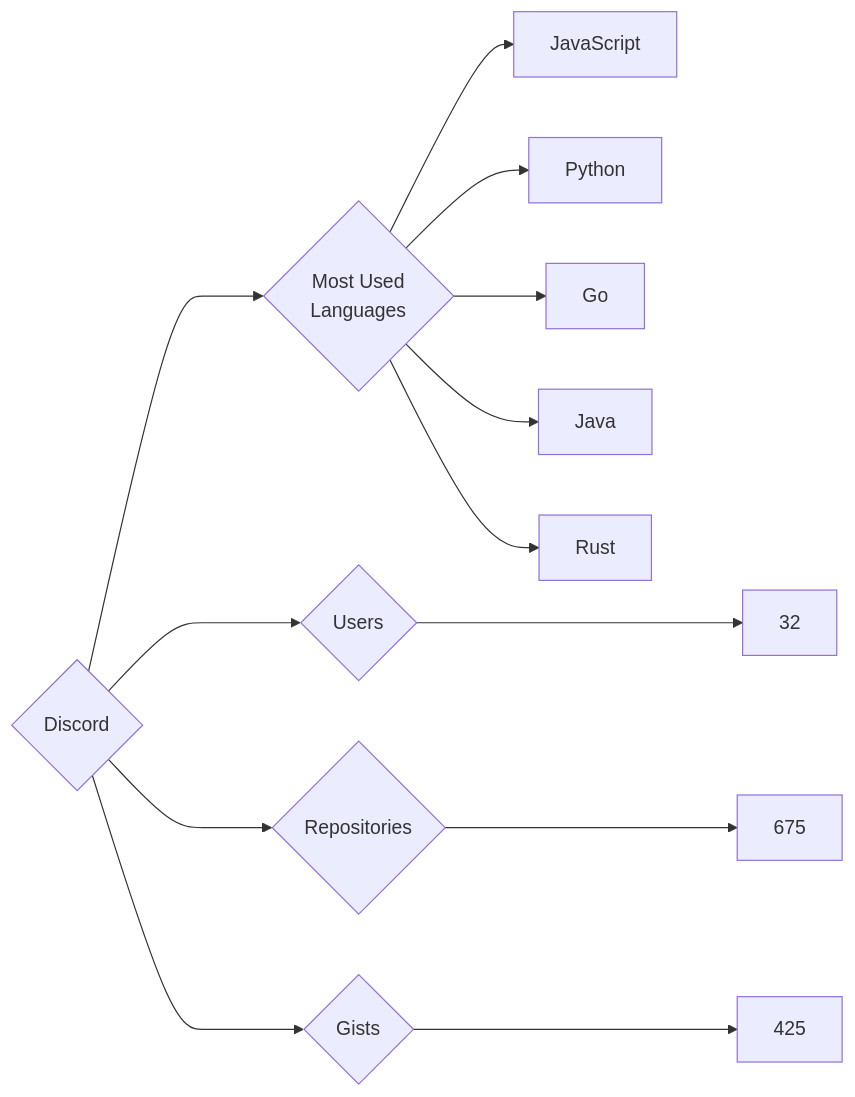
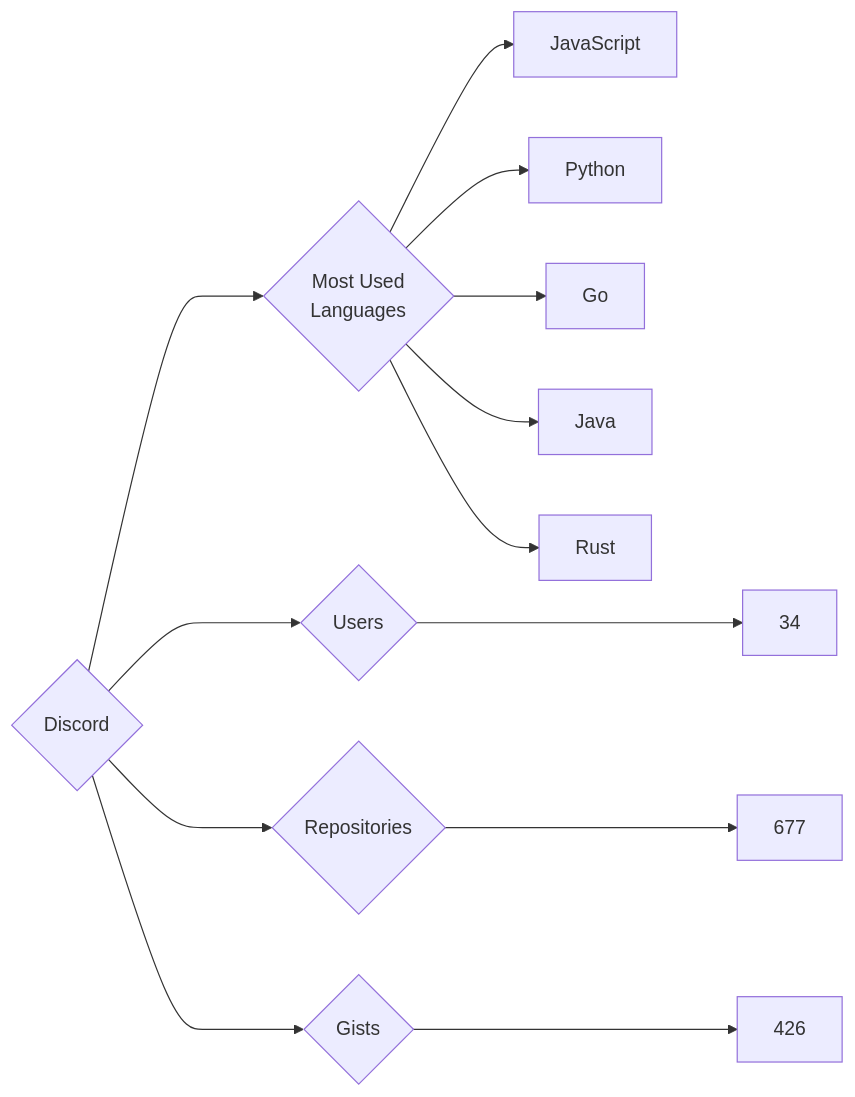
The diagram in targets/Discord/README.md (trickest/insiders), drawn with Mermaid before and after one commit. The commit also changed 636 other files, not shown here.

````diff
--- a/targets/Discord/README.md
+++ b/targets/Discord/README.md
@@ -3,13 +3,13 @@
 ```mermaid
 graph LR
 COMPANY_NAME{Discord}
-COMPANY_NAME ---> U{Users} ---> UN[32]
-COMPANY_NAME ---> R{Repositories} ---> RN[675]
-COMPANY_NAME ---> G{Gists} ---> GN[425]
+COMPANY_NAME ---> U{Users} ---> UN[34]
+COMPANY_NAME ---> R{Repositories} ---> RN[677]
+COMPANY_NAME ---> G{Gists} ---> GN[426]
 COMPANY_NAME ---> ML{Most Used<br>Languages}
 ML --> JavaScript[JavaScript]
 ML --> Python[Python]
 ML --> Go[Go]
 ML --> Java[Java]
 ML --> Rust[Rust]
 ```
````
